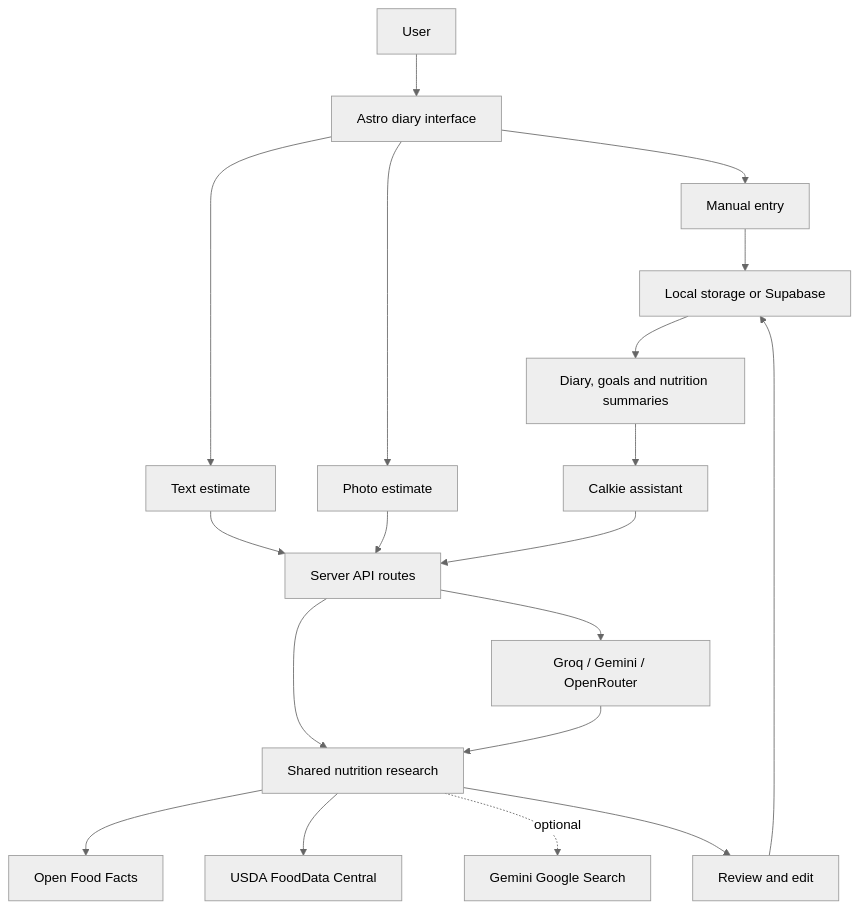
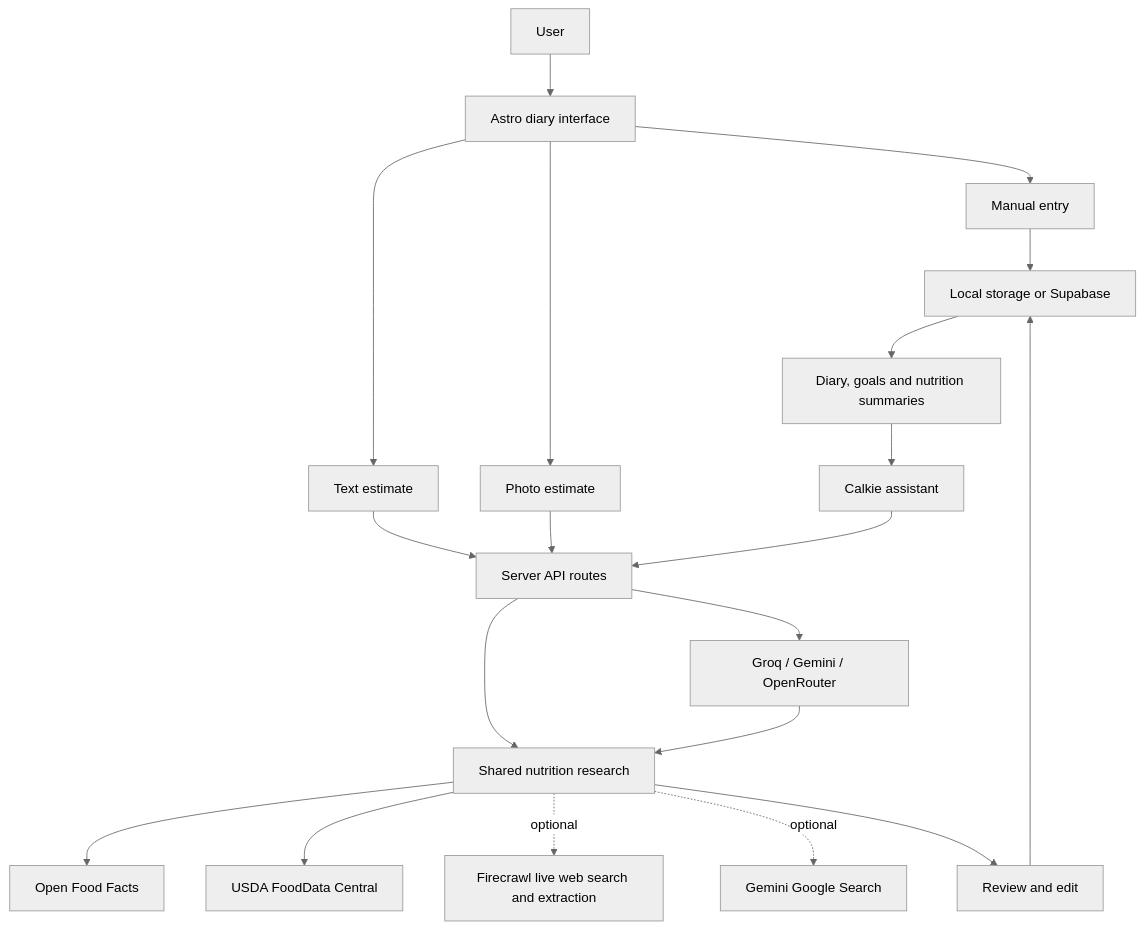
One commit to AravindSAsok/tracKcake changed the diagram in README.md. Above: the diagram before and after it, drawn with Mermaid (neutral theme). The commit also changed other lines of this file, not shown here.

Commit message:
Document live Firecrawl nutrition research

```diff
--- a/README.md
+++ b/README.md
@@ -58,21 +59,22 @@
 ~~~mermaid
 flowchart TD
   U[User] --> UI[Astro diary interface]
   UI --> M[Manual entry]
   UI --> T[Text estimate]
   UI --> P[Photo estimate]
   T --> API[Server API routes]
   P --> API
   API --> AI[Groq / Gemini / OpenRouter]
   API --> N[Shared nutrition research]
   N --> OFF[Open Food Facts]
   N --> USDA[USDA FoodData Central]
+  N -. optional .-> FC[Firecrawl live web search and extraction]
   N -. optional .-> WEB[Gemini Google Search]
   AI --> N
   N --> R[Review and edit]
   M --> DB[Local storage or Supabase]
   R --> DB
   DB --> D[Diary, goals and nutrition summaries]
   D --> C[Calkie assistant]
   C --> API
 ~~~
```
